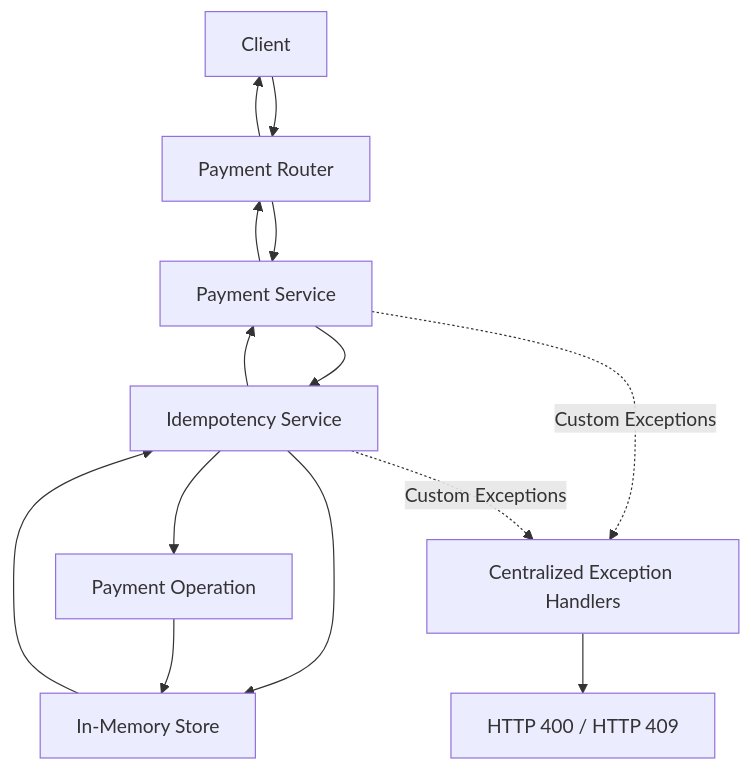
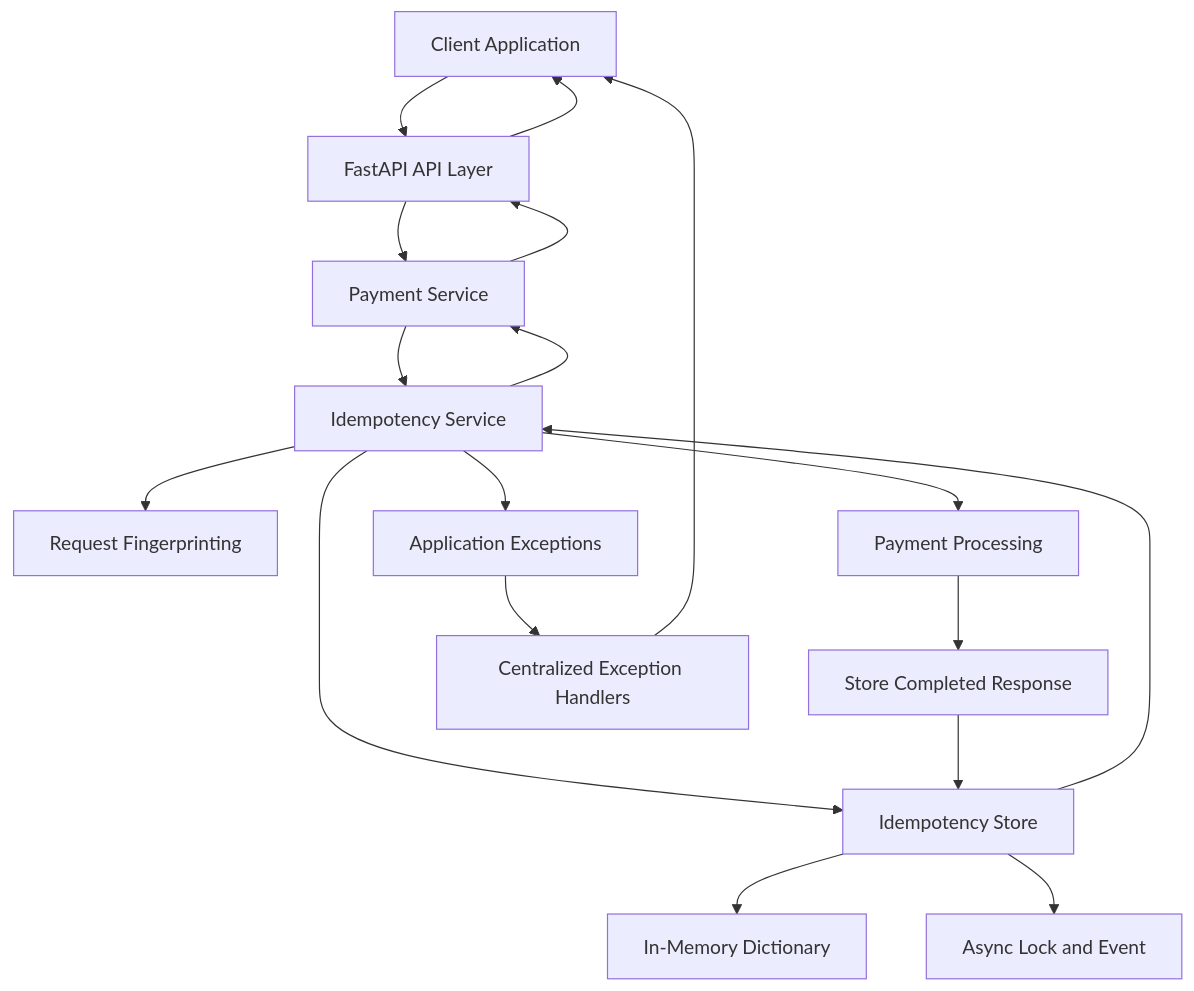
Before and after one commit to iirasubizadivine/finsafe-idempotency-gateway: the first of 5 diagrams in README.md, drawn with Mermaid. The commit also changed other lines of this file, not shown here.

````diff
--- a/README.md
+++ b/README.md
@@ -161,17 +138,25 @@
 ```mermaid
 flowchart TD
-    A[Client] --> B[Payment Router]
+    A[Client Application] --> B[FastAPI API Layer]
     B --> C[Payment Service]
     C --> D[Idempotency Service]
-    D --> E[In-Memory Store]
-    D --> F[Payment Operation]
-    F --> E
-    E --> D
+
+    D --> E[Request Fingerprinting]
+    D --> F[Idempotency Store]
+
+    F --> G[In-Memory Dictionary]
+    F --> H[Async Lock and Event]
+
+    D --> I[Payment Processing]
+    I --> J[Store Completed Response]
+
+    J --> F
+    F --> D
     D --> C
     C --> B
     B --> A
 
-    C -. Custom Exceptions .-> G[Centralized Exception Handlers]
-    D -. Custom Exceptions .-> G
-    G --> H[HTTP 400 / HTTP 409]
+    D --> K[Application Exceptions]
+    K --> L[Centralized Exception Handlers]
+    L --> A
 ```
````
